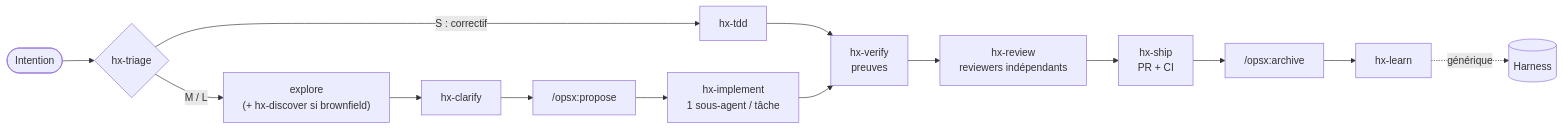
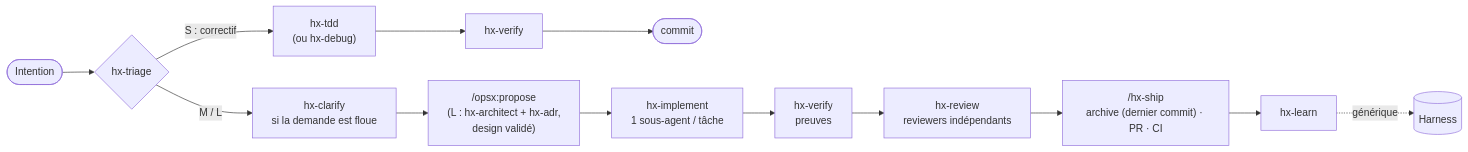
The third of 4 diagrams in docs/PLAN.md (PatayEnCroute/Harness), drawn with Mermaid before and after one commit. The commit also changed other lines of this file and 7 other files, not shown here.

````diff
--- a/docs/PLAN.md
+++ b/docs/PLAN.md
@@ -188,15 +186,13 @@
 ```mermaid
 flowchart LR
   I([Intention]) --> T{hx-triage}
-  T -->|S : correctif| TDD[hx-tdd]
-  T -->|M / L| E["explore<br/>(+ hx-discover si brownfield)"]
-  E --> C[hx-clarify] --> P["/opsx:propose"]
+  T -->|S : correctif| TDD["hx-tdd<br/>(ou hx-debug)"]
+  TDD --> VS[hx-verify] --> CM([commit])
+  T -->|M / L| C["hx-clarify<br/>si la demande est floue"] --> P["/opsx:propose<br/>(L : hx-architect + hx-adr,<br/>design validé)"]
   P --> IM["hx-implement<br/>1 sous-agent / tâche"]
-  TDD --> V
   IM --> V["hx-verify<br/>preuves"]
   V --> RV["hx-review<br/>reviewers indépendants"]
-  RV --> SH["hx-ship<br/>PR + CI"]
-  SH --> AR["/opsx:archive"]
-  AR --> L[hx-learn]
+  RV --> SH["/hx-ship<br/>archive (dernier commit) · PR · CI"]
+  SH --> L[hx-learn]
   L -.->|générique| HX[(Harness)]
 ```
````
